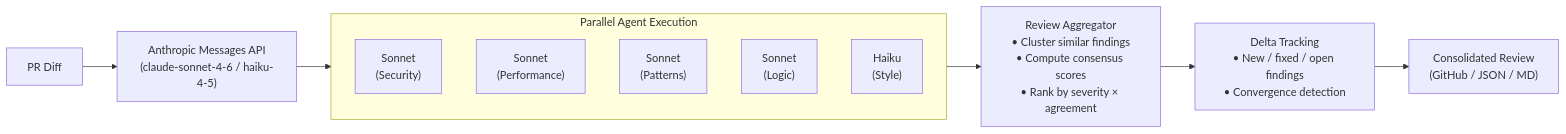
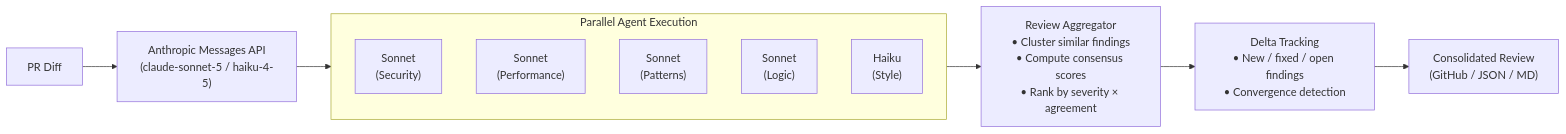
The diagram in README.md (calimero-network/ai-code-reviewer), drawn with Mermaid before and after one commit. The commit also changed other lines of this file and 2 other files, not shown here.

First line of the commit message:
docs: update ARCHITECTURE, README, CHANGELOG for Sonnet 5 reviewer behavior

````diff
--- a/README.md
+++ b/README.md
@@ -49,18 +49,18 @@
 ```mermaid
 flowchart LR
-    PR["PR Diff"] --> Anthropic["Anthropic Messages API\n(claude-sonnet-4-6 / haiku-4-5)"]
+    PR["PR Diff"] --> Anthropic["Anthropic Messages API\n(claude-sonnet-5 / haiku-4-5)"]
 
     subgraph Agents["Parallel Agent Execution"]
         A1["Sonnet\n(Security)"]
         A2["Sonnet\n(Performance)"]
         A3["Sonnet\n(Patterns)"]
         A4["Sonnet\n(Logic)"]
         A5["Haiku\n(Style)"]
     end
 
     Anthropic --> Agents
 
     Agents --> Agg["Review Aggregator\n• Cluster similar findings\n• Compute consensus scores\n• Rank by severity × agreement"]
     Agg --> Delta["Delta Tracking\n• New / fixed / open findings\n• Convergence detection"]
     Delta --> Out["Consolidated Review\n(GitHub / JSON / MD)"]
 ```
````
